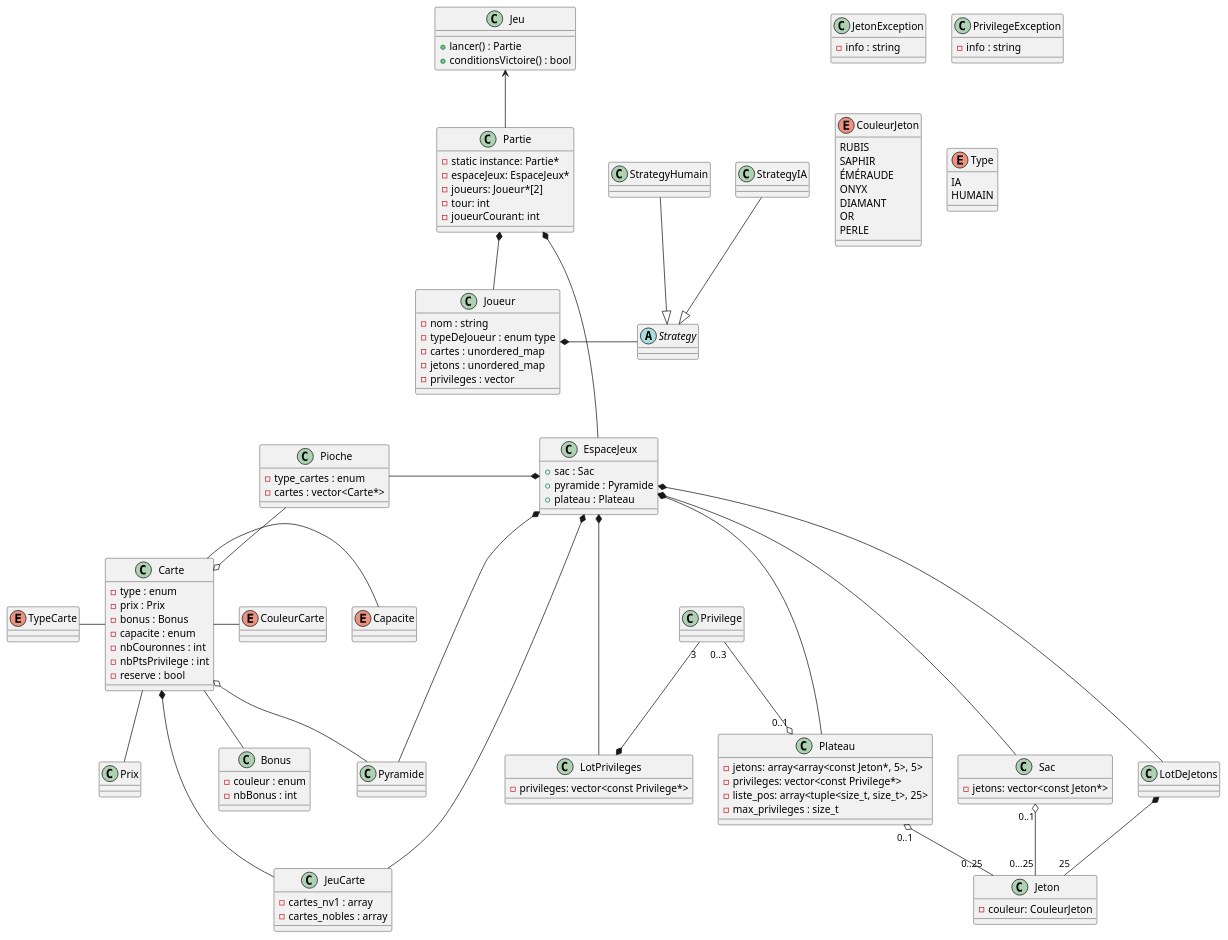
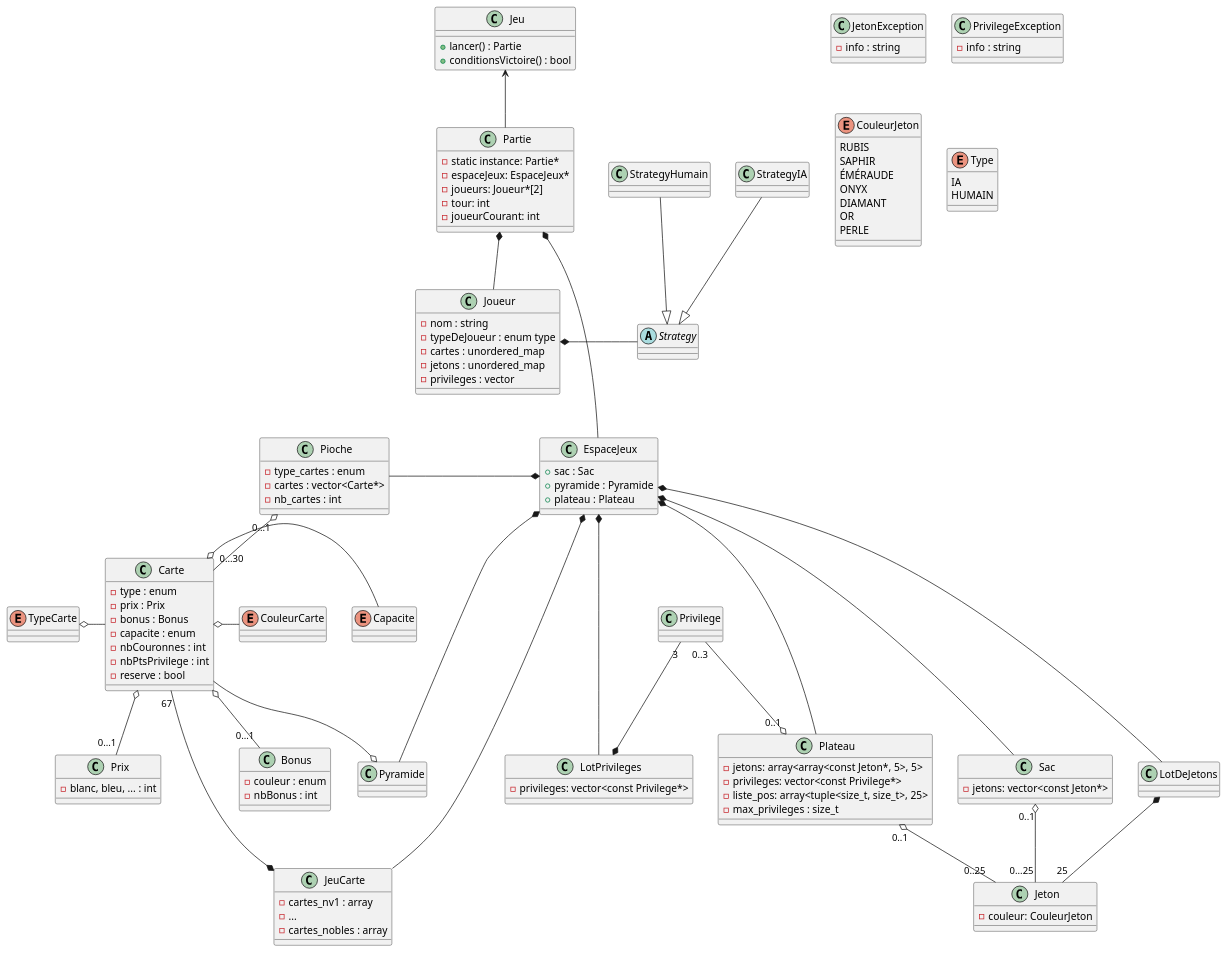
Before and after one commit to theguega/OOP-Board-Game: the diagram in uml/general/splendor.plantuml, drawn with PlantUML.

Commit message:
modifs de la partie carte dans uml general

```diff
--- a/uml/general/splendor.plantuml
+++ b/uml/general/splendor.plantuml
@@ -1,161 +1,163 @@
 @startuml splendor
 '    https://plantuml.com/class-diagram
 
 class JetonException {
   - info : string
 }
 
 class PrivilegeException {
   - info : string
 }
 
 enum CouleurJeton {
   RUBIS
   SAPHIR
   ÉMÉRAUDE
   ONYX
   DIAMANT
   OR
   PERLE
 }
 
 
 
 class Jeton {
   - couleur: CouleurJeton
 }
 
 class Privilege {
 }
 
 class LotPrivileges {
   - privileges: vector<const Privilege*>
 }
 
 class Sac {
   - jetons: vector<const Jeton*>
 }
 
 class Plateau {
   - jetons: array<array<const Jeton*, 5>, 5>
   - privileges: vector<const Privilege*>
   - liste_pos: array<tuple<size_t, size_t>, 25>
   - max_privileges : size_t
 }
 
 LotDeJetons *--"25" Jeton
 Sac "0..1" o-- "0...25" Jeton
 Privilege "3" --* LotPrivileges
 Plateau "0..1" o- "0..25" Jeton
 Privilege "0..3" -o "0..1" Plateau
 
 ' Cartes
 
 enum CouleurCarte
 
 enum TypeCarte
 
 enum Capacite
 
 class Carte{
     - type : enum
     - prix : Prix
     - bonus : Bonus
     - capacite : enum
     - nbCouronnes : int
     - nbPtsPrivilege : int
     - reserve : bool
 }
 
 class Bonus{
     - couleur : enum
     - nbBonus : int
 }
 
 class Prix{
-
+    - blanc, bleu, ... : int
 }
 
 class Pioche {
     - type_cartes : enum
     - cartes : vector<Carte*>
+    - nb_cartes : int
 }
 
 class JeuCarte {
     - cartes_nv1 : array
+    - ...
     - cartes_nobles : array
 }
 
 class Pyramide {
 }
 
-Carte *--- JeuCarte
-Carte o-- Pyramide
-Pioche --o Carte
-Carte -- Bonus
-Carte -- Prix
-Carte - CouleurCarte
-TypeCarte - Carte
-Carte - Capacite
+Carte "67" ---* JeuCarte
+Carte --o Pyramide
+Pioche "0...1" o-- "0...30"Carte
+Carte o-- "0...1" Bonus
+Carte o-- "0...1" Prix
+Carte o- CouleurCarte
+TypeCarte o- Carte
+Carte o- Capacite
 
 ' Joueur
 
 class Joueur {
     - nom : string
     - typeDeJoueur : enum type
     - cartes : unordered_map
     - jetons : unordered_map
     - privileges : vector
 }
 
 abstract Strategy {
 }
 
 class StrategyHumain
 class StrategyIA
 
 Joueur *- Strategy
 StrategyHumain --|> Strategy
 StrategyIA --|> Strategy
 enum Type {
     IA
     HUMAIN
 }
 
 ' Partie
 
 class Partie {
     - static instance: Partie*
     - espaceJeux: EspaceJeux*
     - joueurs: Joueur*[2]
     - tour: int
     - joueurCourant: int
 }
 
 ' Others
 
 class EspaceJeux {
     + sac : Sac
     + pyramide : Pyramide
     + plateau : Plateau
 }
 
 class Jeu {
     + lancer() : Partie
     + conditionsVictoire() : bool
 }
 
 Partie *--- EspaceJeux
 Partie *-- Joueur
 
 EspaceJeux *--- Sac
 EspaceJeux *--- Pyramide
 EspaceJeux *--- Plateau
 EspaceJeux *--- LotDeJetons
 EspaceJeux *--- LotPrivileges
 EspaceJeux *-- JeuCarte
 Pioche -* EspaceJeux
 
 Jeu <-- Partie
 
 @enduml
```
